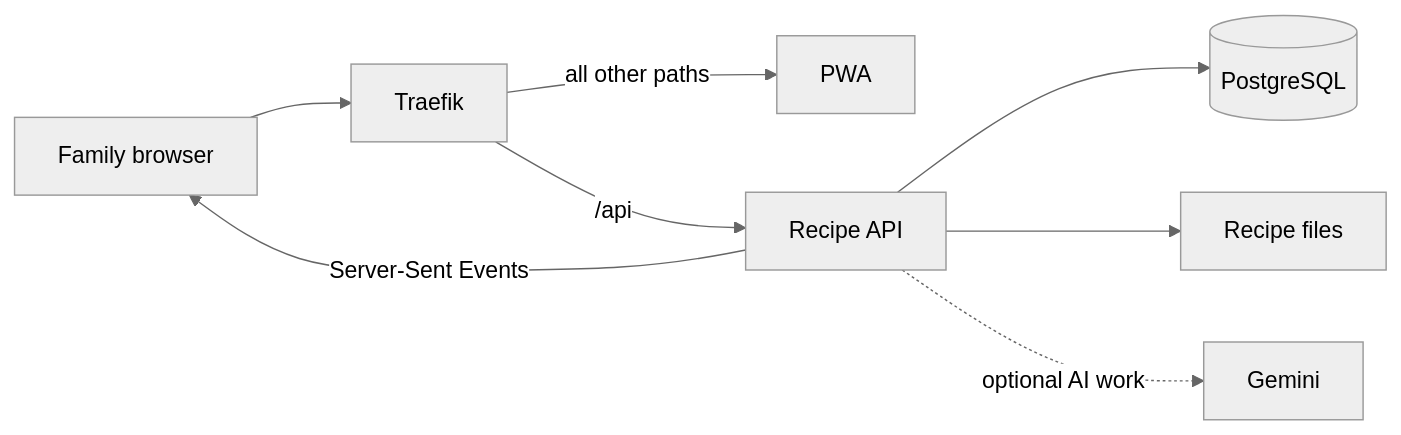
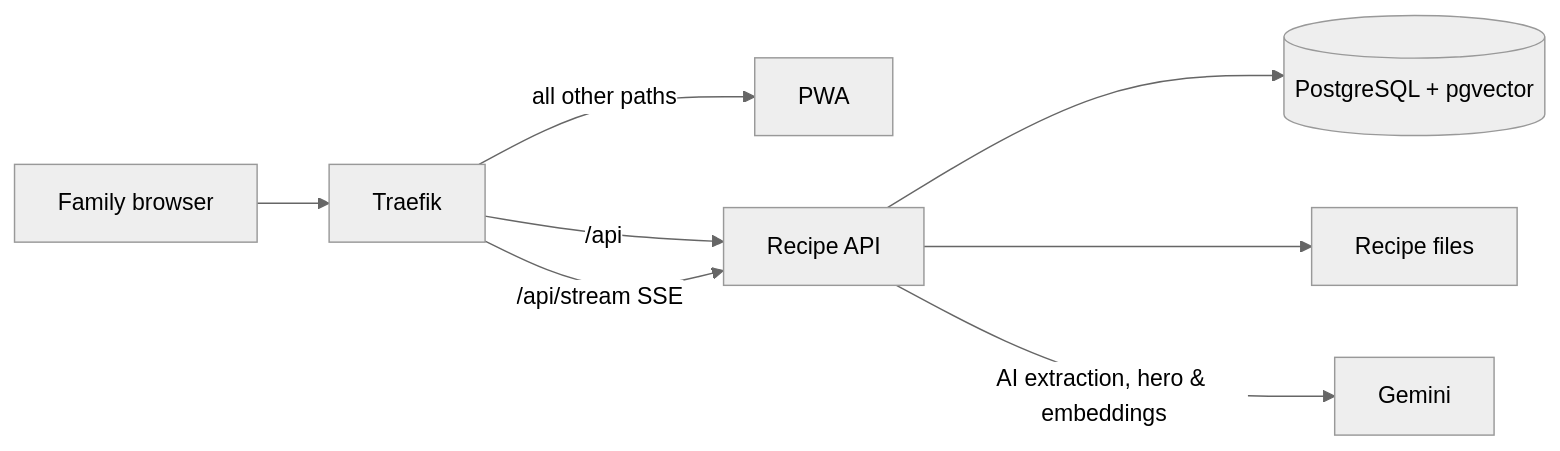
Before and after one commit to AlexandreBrisebois/whats-for-supper: the diagram in docs/architecture.md, drawn with Mermaid (neutral theme). The commit also changed other lines of this file and 280 other files, not shown here.

````diff
--- a/docs/architecture.md
+++ b/docs/architecture.md
@@ -5,10 +5,10 @@
 ```mermaid
 flowchart LR
     Browser[Family browser] --> Proxy[Traefik]
     Proxy -->|all other paths| PWA[PWA]
     Proxy -->|/api| API[Recipe API]
-    API --> Database[(PostgreSQL)]
+    Proxy -->|/api/stream SSE| API
+    API --> Database[(PostgreSQL + pgvector)]
     API --> Files[Recipe files]
-    API -. optional AI work .-> Gemini[Gemini]
-    API -->|Server-Sent Events| Browser
+    API -->|AI extraction, hero & embeddings| Gemini[Gemini]
 ```
````
